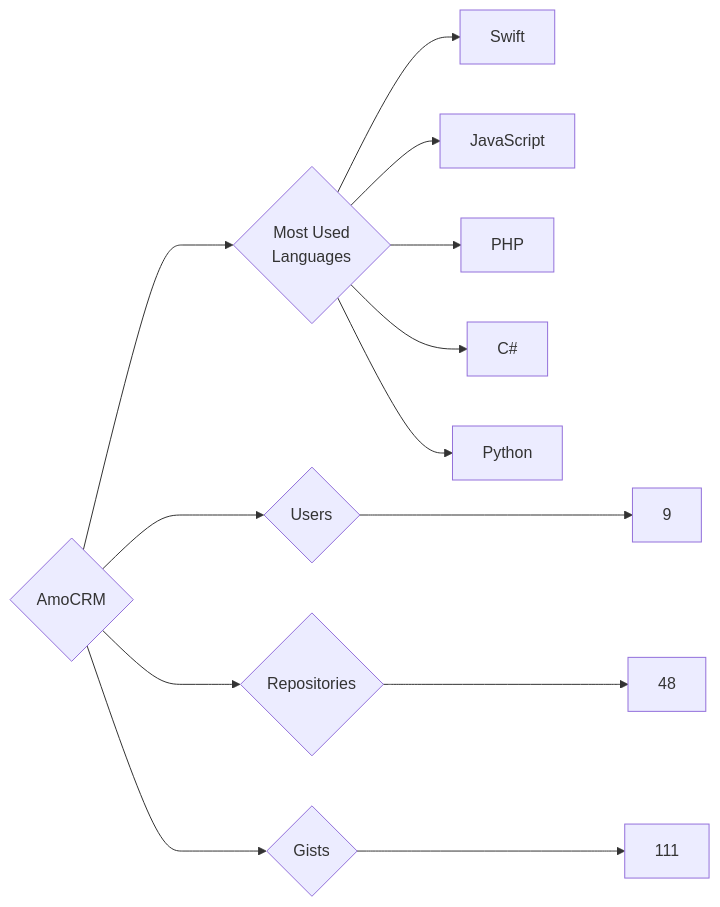
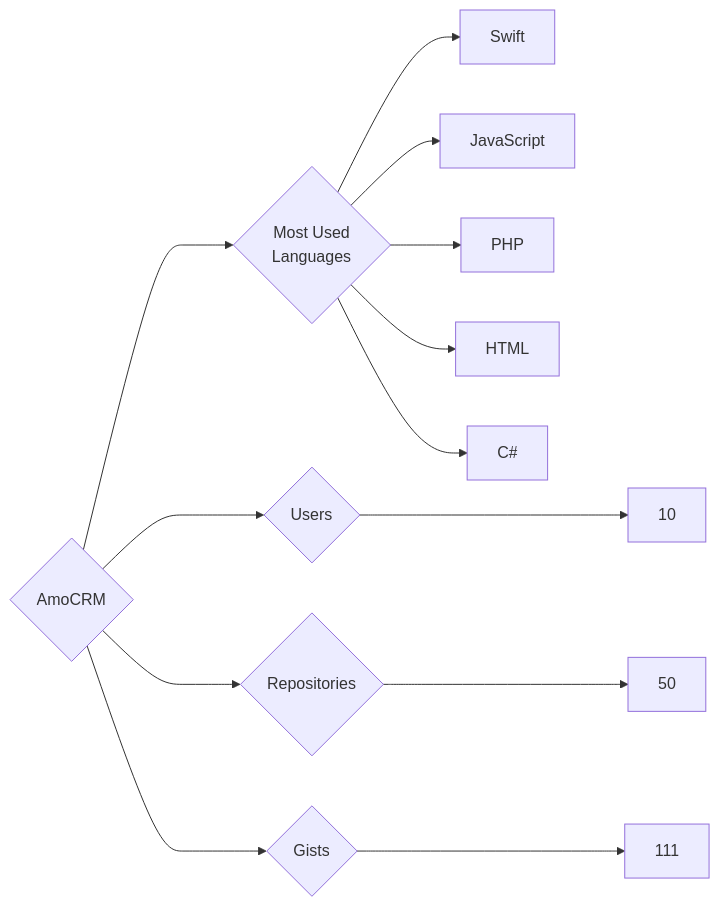
One commit to trickest/insiders changed the diagram in targets/AmoCRM/README.md. Above: the diagram before and after it, drawn with Mermaid. The commit also changed 888 other files, not shown here.

````diff
--- a/targets/AmoCRM/README.md
+++ b/targets/AmoCRM/README.md
@@ -3,13 +3,13 @@
 ```mermaid
 graph LR
 COMPANY_NAME{AmoCRM}
-COMPANY_NAME ---> U{Users} ---> UN[9]
-COMPANY_NAME ---> R{Repositories} ---> RN[48]
+COMPANY_NAME ---> U{Users} ---> UN[10]
+COMPANY_NAME ---> R{Repositories} ---> RN[50]
 COMPANY_NAME ---> G{Gists} ---> GN[111]
 COMPANY_NAME ---> ML{Most Used<br>Languages}
 ML --> Swift[Swift]
 ML --> JavaScript[JavaScript]
 ML --> PHP[PHP]
+ML --> HTML[HTML]
 ML --> C#[C#]
-ML --> Python[Python]
 ```
````
